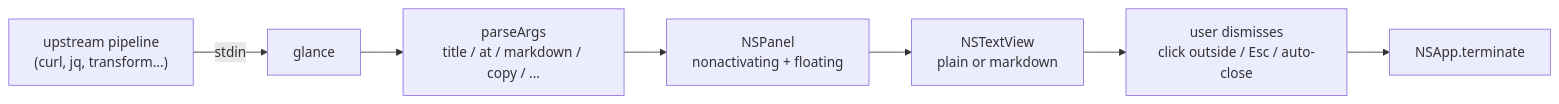
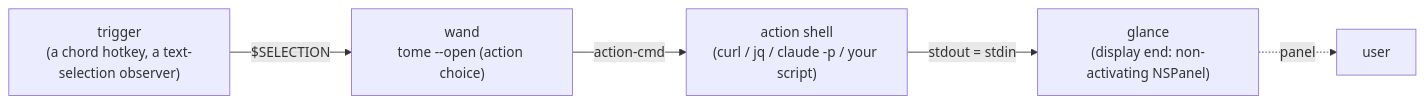
Before and after one commit to akira-toriyama/glance: the diagram in README.md, drawn with Mermaid. The commit also changed other lines of this file and 7 other files, not shown here.

````diff
--- a/README.md
+++ b/README.md
@@ -87,9 +76,12 @@
 ```mermaid
 flowchart LR
-    A["upstream pipeline<br/>(curl, jq, transform...)"] -->|stdin| B[glance]
-    B --> C["parseArgs<br/>title / at / markdown / copy / ..."]
-    C --> D["NSPanel<br/>nonactivating + floating"]
-    D --> E["NSTextView<br/>plain or markdown"]
-    E --> F["user dismisses<br/>click outside / Esc / auto-close"]
-    F --> G[NSApp.terminate]
+  TRIGGER["trigger<br/>(a chord hotkey, a text-selection observer)"]
+  WAND["wand<br/>tome --open (action choice)"]
+  SHELL["action shell<br/>(curl / jq / claude -p / your script)"]
+  GLANCE["glance<br/>(display end: non-activating NSPanel)"]
+  USER["user"]
+  TRIGGER -->|"$SELECTION"| WAND
+  WAND -->|"action-cmd"| SHELL
+  SHELL -->|"stdout = stdin"| GLANCE
+  GLANCE -.panel.-> USER
 ```
````
